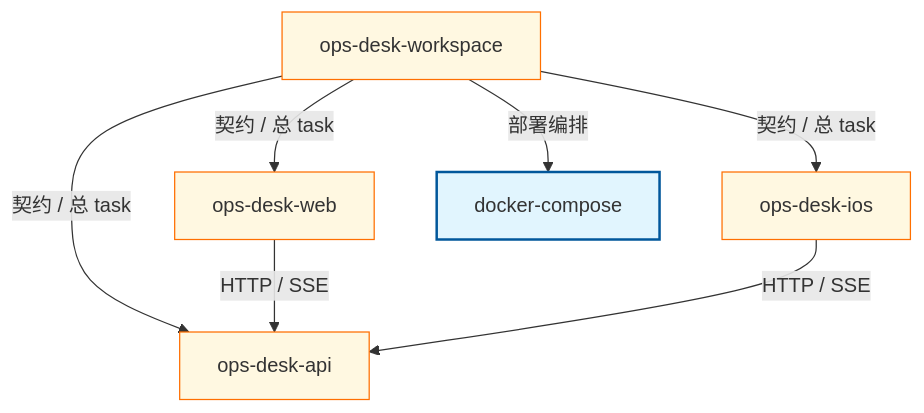
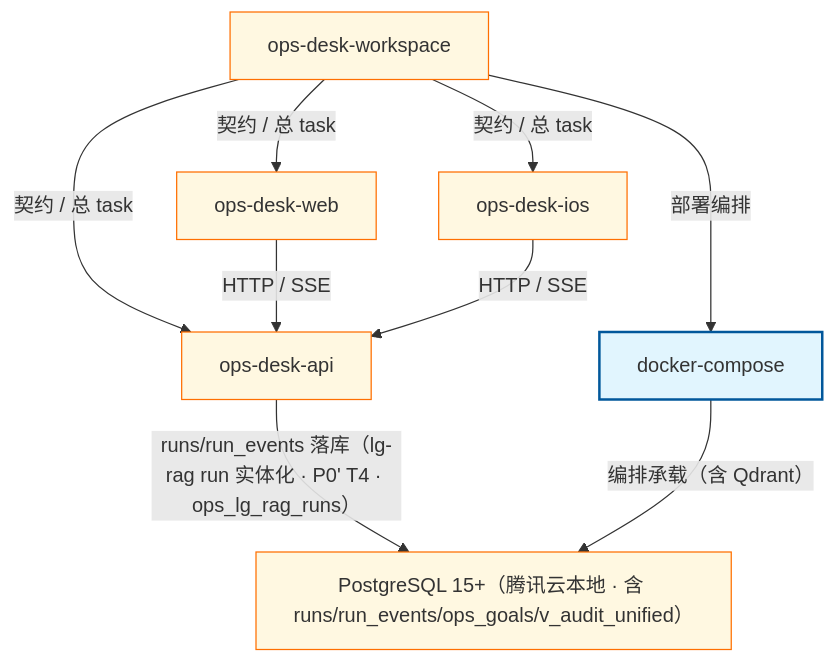
One commit to Cyning12/ops-desk-workspace changed the diagram in docs/_tech_graph/00_main.md. Above: the diagram before and after it, drawn with Mermaid. The commit also changed other lines of this file and 14 other files, not shown here.

Commit message:
docs(p0prime-t7): 文档与契约批——简报刷新/契约状态行/README 索引/graph 补边+graph.json 出库/ios AGENTS 改指 lg-rag（issue #23 T7）

````diff
--- a/docs/_tech_graph/00_main.md
+++ b/docs/_tech_graph/00_main.md
@@ -14,21 +14,24 @@
 ```mermaid
 flowchart TB
     workspace["ops-desk-workspace"]
     api["ops-desk-api"]
     web["ops-desk-web"]
     ios["ops-desk-ios"]
     compose["docker-compose"]
+    pg["PostgreSQL 15+（腾讯云本地 · 含 runs/run_events/ops_goals/v_audit_unified）"]
 
     workspace -->|"契约 / 总 task"| api
     workspace -->|"契约 / 总 task"| web
     workspace -->|"契约 / 总 task"| ios
     workspace -->|"部署编排"| compose
     web -->|"HTTP / SSE"| api
     ios -->|"HTTP / SSE"| api
+    api -->|"runs/run_events 落库（lg-rag run 实体化 · P0' T4 · ops_lg_rag_runs）"| pg
+    compose -->|"编排承载（含 Qdrant）"| pg
 
     classDef phase fill:#e1f5fe,stroke:#01579b,stroke-width:2px
     classDef doc fill:#fff8e1,stroke:#ff6f00,stroke-width:1px
     classDef infra fill:#e8f5e9,stroke:#2e7d32,stroke-width:1px
     class compose phase
-    class workspace,api,web,ios doc
+    class workspace,api,web,ios,pg doc
 ```
````
